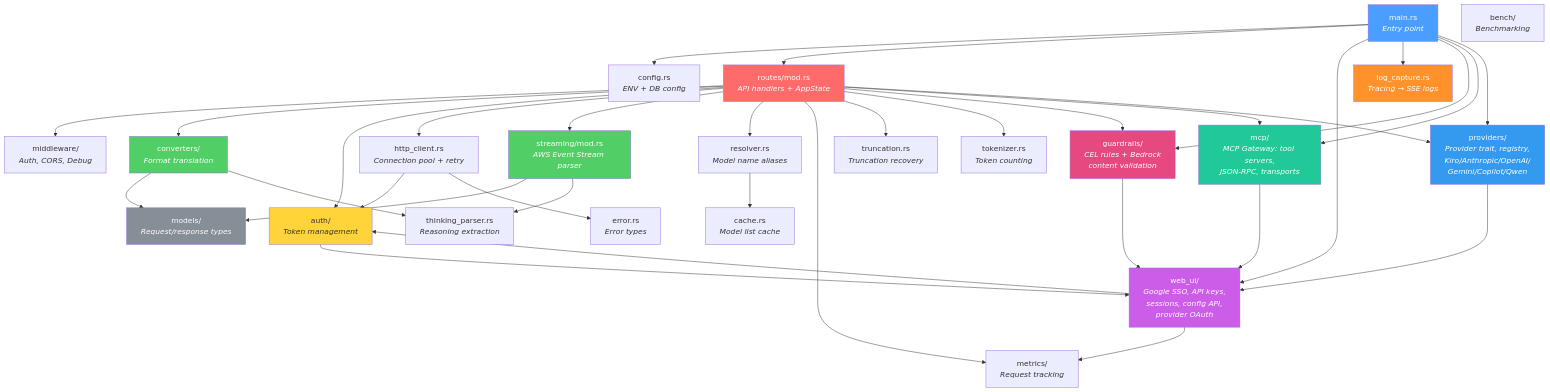
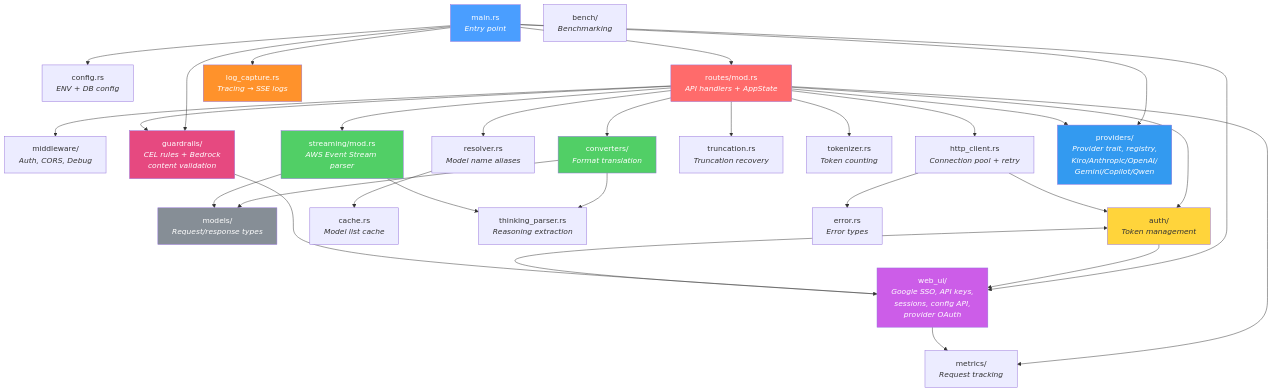
One commit to donbader/rkgw changed the diagram in gh-pages/docs/modules.md. Above: the diagram before and after it, drawn with Mermaid. The commit also changed other lines of this file and 66 other files, not shown here.

First line of the commit message:
refactor(mcp): remove MCP registry/gateway feature

````diff
--- a/gh-pages/docs/modules.md
+++ b/gh-pages/docs/modules.md
@@ -24,78 +24,72 @@
 ```mermaid
 graph TD
     main["main.rs<br/><i>Entry point</i>"]
     config["config.rs<br/><i>ENV + DB config</i>"]
     routes["routes/mod.rs<br/><i>API handlers + AppState</i>"]
     middleware["middleware/<br/><i>Auth, CORS, Debug</i>"]
     converters["converters/<br/><i>Format translation</i>"]
     models["models/<br/><i>Request/response types</i>"]
     auth["auth/<br/><i>Token management</i>"]
     streaming["streaming/mod.rs<br/><i>AWS Event Stream parser</i>"]
     http_client["http_client.rs<br/><i>Connection pool + retry</i>"]
     resolver["resolver.rs<br/><i>Model name aliases</i>"]
     cache["cache.rs<br/><i>Model list cache</i>"]
     metrics["metrics/<br/><i>Request tracking</i>"]
     web_ui["web_ui/<br/><i>Google SSO, API keys,<br/>sessions, config API,<br/>provider OAuth</i>"]
     log_capture["log_capture.rs<br/><i>Tracing → SSE logs</i>"]
     truncation["truncation.rs<br/><i>Truncation recovery</i>"]
     thinking["thinking_parser.rs<br/><i>Reasoning extraction</i>"]
     tokenizer["tokenizer.rs<br/><i>Token counting</i>"]
     error["error.rs<br/><i>Error types</i>"]
     bench["bench/<br/><i>Benchmarking</i>"]
     guardrails["guardrails/<br/><i>CEL rules + Bedrock<br/>content validation</i>"]
-    mcp["mcp/<br/><i>MCP Gateway: tool servers,<br/>JSON-RPC, transports</i>"]
     providers["providers/<br/><i>Provider trait, registry,<br/>Kiro/Anthropic/OpenAI/<br/>Gemini/Copilot/Qwen</i>"]
 
     main --> config
     main --> routes
     main --> web_ui
     main --> log_capture
     main --> guardrails
-    main --> mcp
     main --> providers
 
     routes --> middleware
     routes --> converters
     routes --> auth
     routes --> http_client
     routes --> streaming
     routes --> resolver
     routes --> metrics
     routes --> truncation
     routes --> tokenizer
     routes --> guardrails
-    routes --> mcp
     routes --> providers
 
     converters --> models
     converters --> thinking
 
     streaming --> models
     streaming --> thinking
 
     auth --> web_ui
 
     resolver --> cache
 
     web_ui --> metrics
     web_ui --> auth
 
     http_client --> auth
     http_client --> error
 
-    mcp --> web_ui
     guardrails --> web_ui
-    providers --> web_ui
 
     style main fill:#4a9eff,color:#fff
     style routes fill:#ff6b6b,color:#fff
     style converters fill:#51cf66,color:#fff
     style streaming fill:#51cf66,color:#fff
     style auth fill:#ffd43b,color:#333
     style web_ui fill:#cc5de8,color:#fff
     style models fill:#868e96,color:#fff
     style log_capture fill:#ff922b,color:#fff
     style guardrails fill:#e64980,color:#fff
-    style mcp fill:#20c997,color:#fff
     style providers fill:#339af0,color:#fff
 ```
````
